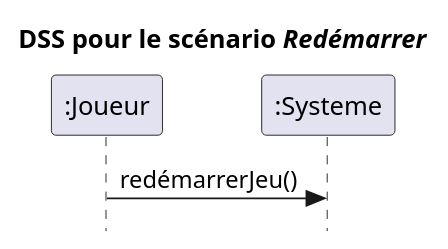
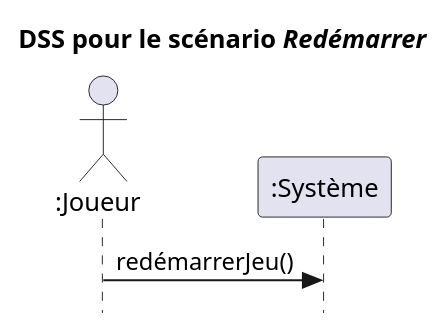
One commit to cc-probitaille/laboratoire-0-JFkodsi changed the diagram in docs/modeles/dss-redemarrerJeu.puml. Above: the diagram before and after it, drawn with PlantUML.

Commit message:
Ajustement apporter au DSS-RedemarrerJeu

```diff
--- a/docs/modeles/dss-redemarrerJeu.puml
+++ b/docs/modeles/dss-redemarrerJeu.puml
@@ -1,5 +1,7 @@
 @startuml Diagramme du redemmarage du jeu
 title DSS pour le scénario //Redémarrer//
 skinparam Style strictuml
-":Joueur" -> ":Systeme" : redémarrerJeu()
+actor ":Joueur" as c
+participant ":Système" as s
+c -> s : redémarrerJeu()
 @enduml
```
